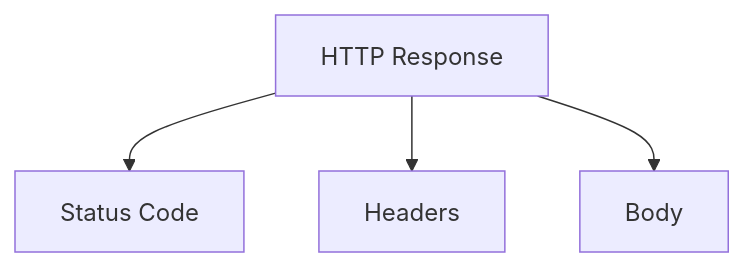
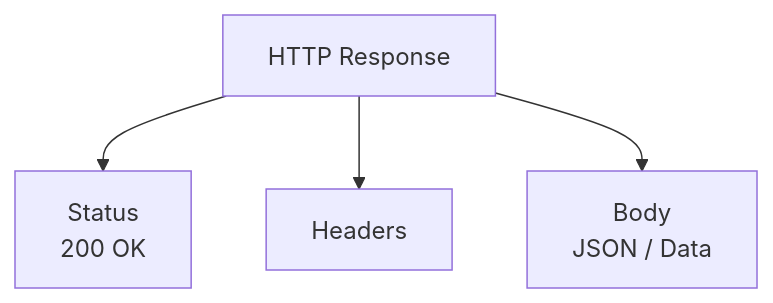
One commit to reltronersk/skill-wanderer-progress-documentation changed the second of 5 diagrams in module-0-1/README.md. Above: the diagram before and after it, drawn with Mermaid. The commit also changed other lines of this file, not shown here.

````diff
--- a/module-0-1/README.md
+++ b/module-0-1/README.md
@@ -123,8 +60,7 @@
-``` mermaid
+```mermaid
 flowchart TB
     A["HTTP Response"]
-
-    A --> B["Status Code"]
+    A --> B["Status<br/>200 OK"]
     A --> C["Headers"]
-    A --> D["Body"]
+    A --> D["Body<br/>JSON / Data"]
 ```
````
